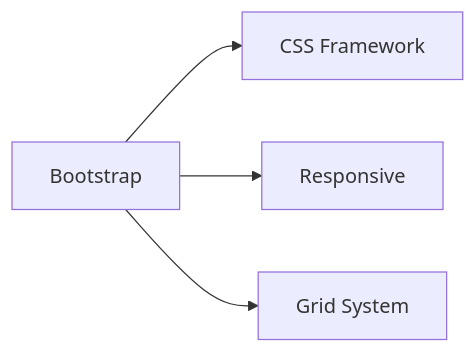
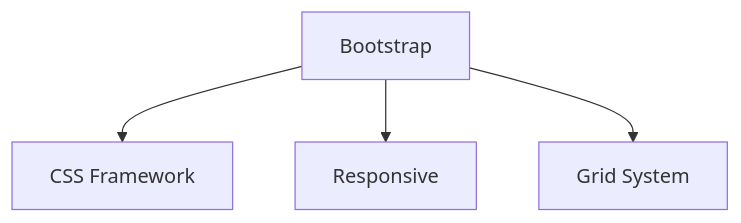
The fifth of 41 diagrams in docs/glossaire/developpement-web.md (zyrass/omnydocs), drawn with Mermaid before and after one commit. The commit also changed other lines of this file and 1780 other files, not shown here.

````diff
--- a/docs/glossaire/developpement-web.md
+++ b/docs/glossaire/developpement-web.md
@@ -104,6 +126,6 @@
-    ```mermaid
-    graph LR
-        A[Bootstrap] --> B[CSS Framework]
-        A --> C[Responsive]
-        A --> D[Grid System]
-    ```
+```mermaid
+graph TB
+    A[Bootstrap] --> B[CSS Framework]
+    A --> C[Responsive]
+    A --> D[Grid System]
+```
````
